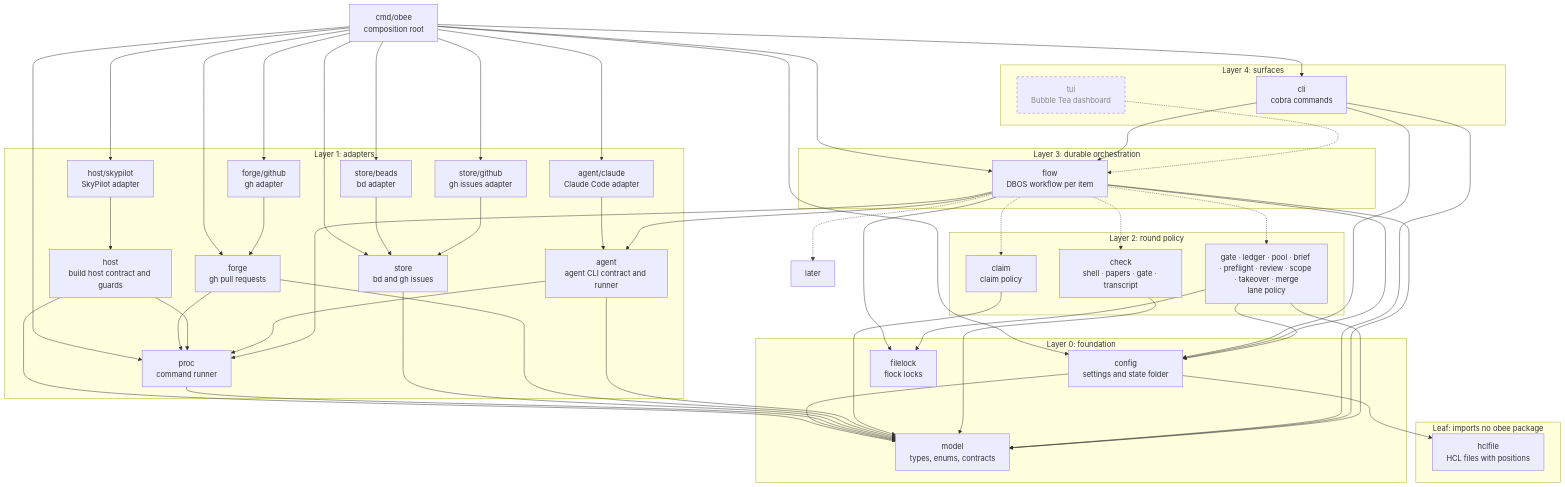
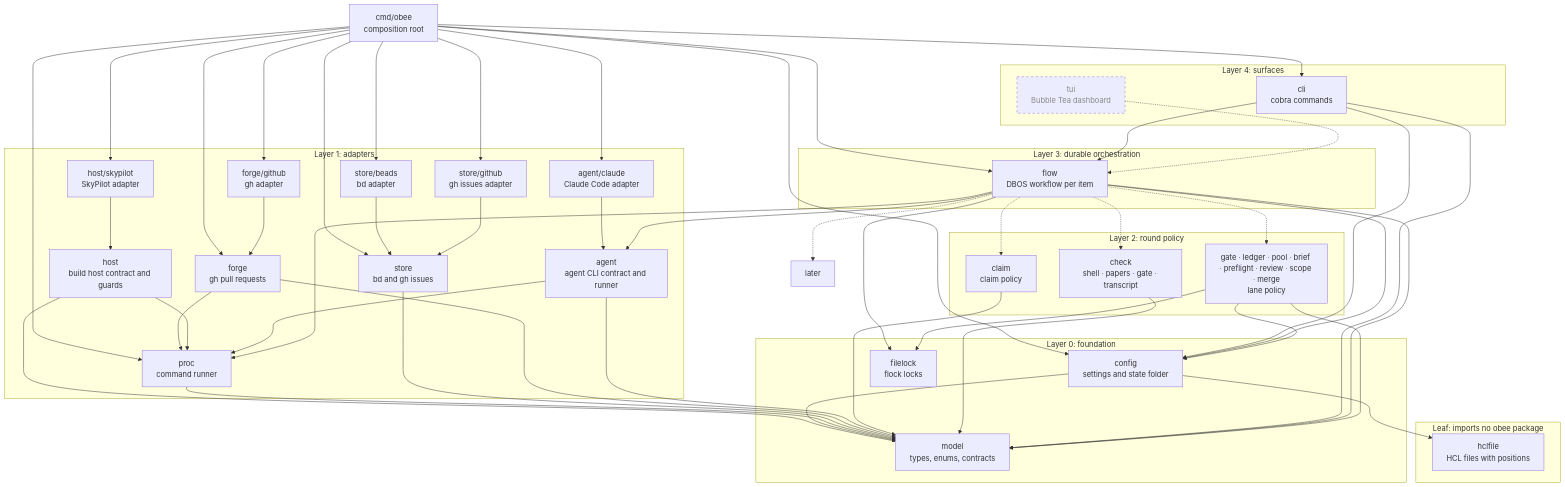
Before and after one commit to tobocop2/beehave: the first of 3 diagrams in docs/architecture.md, drawn with Mermaid. The commit also changed other lines of this file and 28 other files, not shown here.

```diff
--- a/docs/architecture.md
+++ b/docs/architecture.md
@@ -24,7 +24,7 @@
     subgraph L2["Layer 2: round policy"]
         claim["claim<br/>claim policy"]
         check["check<br/>shell · papers · gate · transcript"]
-        policy["gate · ledger · pool · brief · preflight · review · scope · takeover · merge<br/>lane policy"]
+        policy["gate · ledger · pool · brief · preflight · review · scope · merge<br/>lane policy"]
     end
 
     subgraph L1["Layer 1: adapters"]
```
